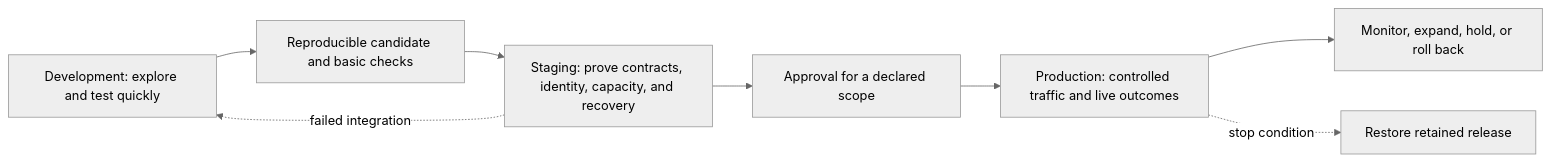
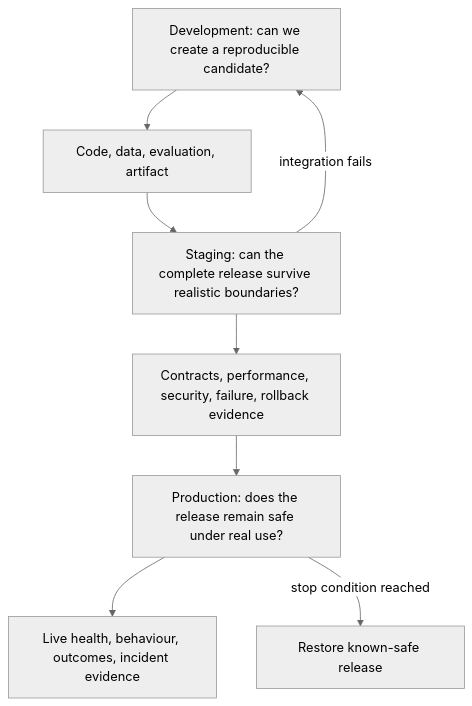
Before and after one commit to senlinyy/dev-roadmaps: the second of 4 diagrams in roadmaps/mlops/modules/deployment-and-release-management/model-release-basics/04-dev-staging-production-for-ml.md, drawn with Mermaid (neutral theme). The commit also changed other lines of this file and 198 other files, not shown here.

````diff
--- a/roadmaps/mlops/modules/deployment-and-release-management/model-release-basics/04-dev-staging-production-for-ml.md
+++ b/roadmaps/mlops/modules/deployment-and-release-management/model-release-basics/04-dev-staging-production-for-ml.md
@@ -24,10 +82,10 @@
 ```mermaid
-flowchart LR
-    D["Development: explore and test quickly"] --> G1["Reproducible candidate and basic checks"]
-    G1 --> S["Staging: prove contracts, identity, capacity, and recovery"]
-    S --> G2["Approval for a declared scope"]
-    G2 --> P["Production: controlled traffic and live outcomes"]
-    P --> M["Monitor, expand, hold, or roll back"]
-    S -. "failed integration" .-> D
-    P -. "stop condition" .-> R["Restore retained release"]
+flowchart TB
+    D["Development: can we create a reproducible candidate?"] --> E1["Code, data, evaluation, artifact"]
+    E1 --> S["Staging: can the complete release survive realistic boundaries?"]
+    S --> E2["Contracts, performance, security, failure, rollback evidence"]
+    E2 --> P["Production: does the release remain safe under real use?"]
+    P --> E3["Live health, behaviour, outcomes, incident evidence"]
+    S -->|"integration fails"| D
+    P -->|"stop condition reached"| R["Restore known-safe release"]
 ```
````
